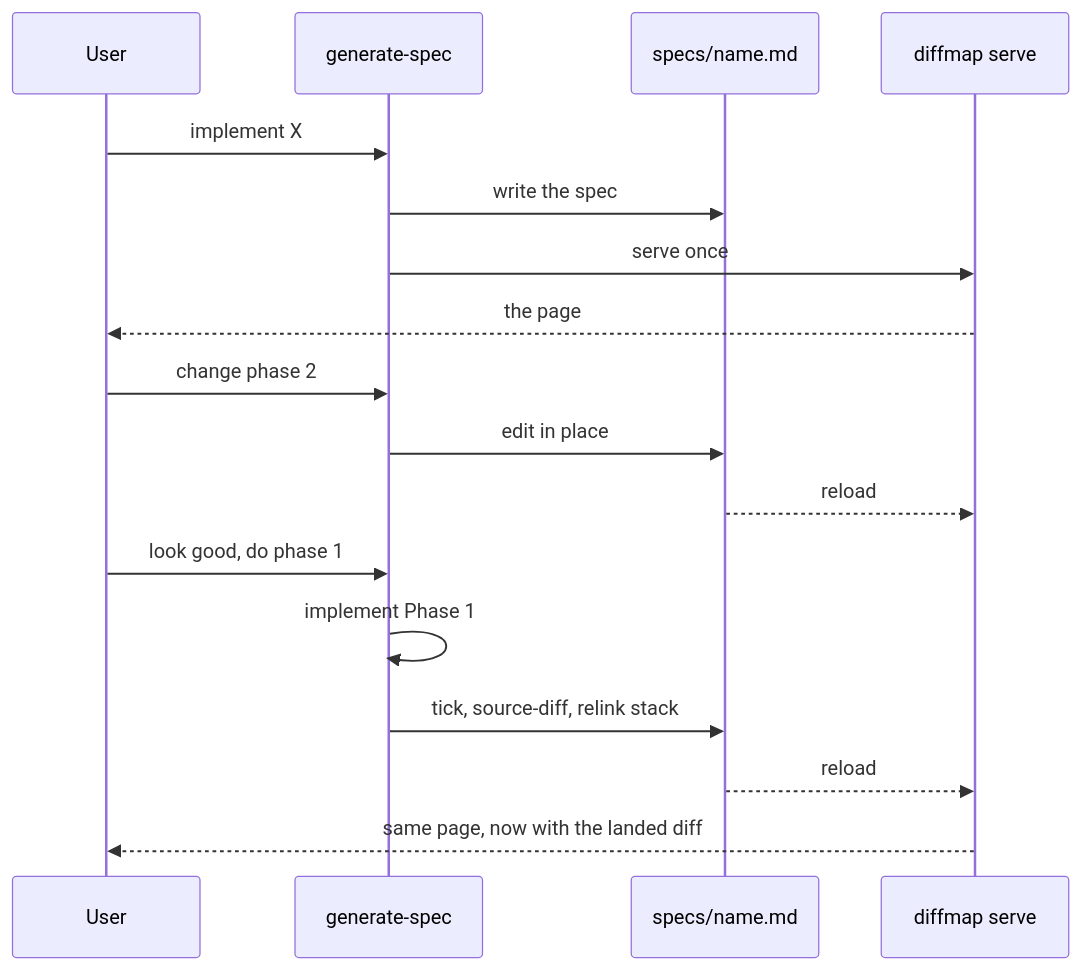
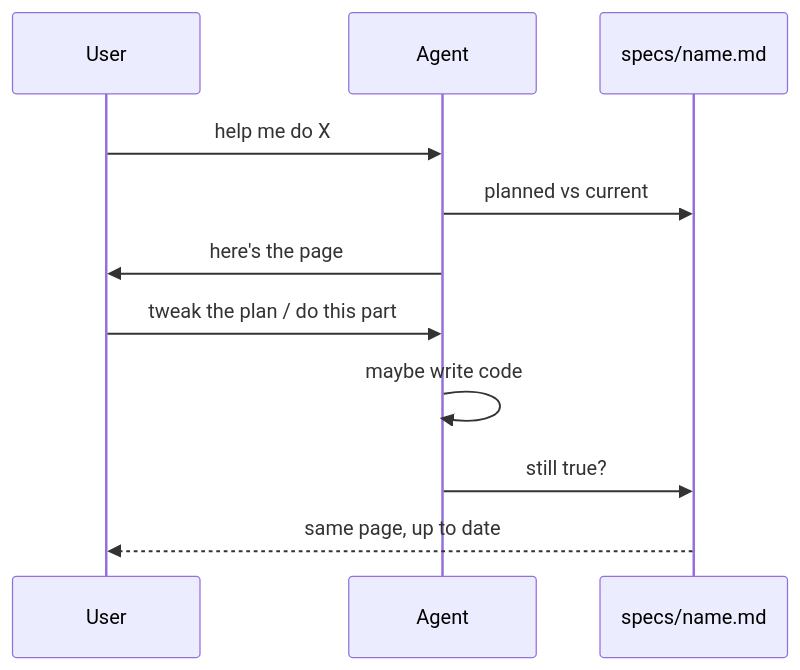
The third of 3 diagrams in specs/merge-generate-spec-walkthrough.md (tanishqkancharla/diffmap), drawn with Mermaid before and after one commit. The commit also changed other lines of this file, not shown here.

First line of the commit message:
Loosen merge spec to a living planned-vs-done doc

````diff
--- a/specs/merge-generate-spec-walkthrough.md
+++ b/specs/merge-generate-spec-walkthrough.md
@@ -54,23 +41,15 @@
 ```mermaid
 sequenceDiagram
   participant User
-  participant Skill as generate-spec
-  participant File as specs/name.md
-  participant Viewer as diffmap serve
-  User->>Skill: implement X
-  Skill->>File: write the spec
-  Skill->>Viewer: serve once
-  Viewer-->>User: the page
-  User->>Skill: change phase 2
-  Skill->>File: edit in place
-  File-->>Viewer: reload
-  User->>Skill: look good, do phase 1
-  Skill->>Skill: implement Phase 1
-  Skill->>File: tick, source-diff, relink stack
-  File-->>Viewer: reload
-  Viewer-->>User: same page, now with the landed diff
-  %% ref node:Skill [[skills/generate-spec/SKILL.md]]
-  %% ref node:Viewer [[src/serve.ts#startServer]]
-  %% ref edge:2 [[src/cli.ts]]
-  %% ref edge:10 [[src/contentPlugin.ts#diffmapContentPlugin]]
+  participant Agent
+  participant Doc as specs/name.md
+  User->>Agent: help me do X
+  Agent->>Doc: planned vs current
+  Agent->>User: here's the page
+  User->>Agent: tweak the plan / do this part
+  Agent->>Agent: maybe write code
+  Agent->>Doc: still true?
+  Doc-->>User: same page, up to date
+  %% ref node:Agent [[skills/generate-spec/SKILL.md]]
+  %% ref node:Doc [[src/contentPlugin.ts#diffmapContentPlugin]]
 ```
````
